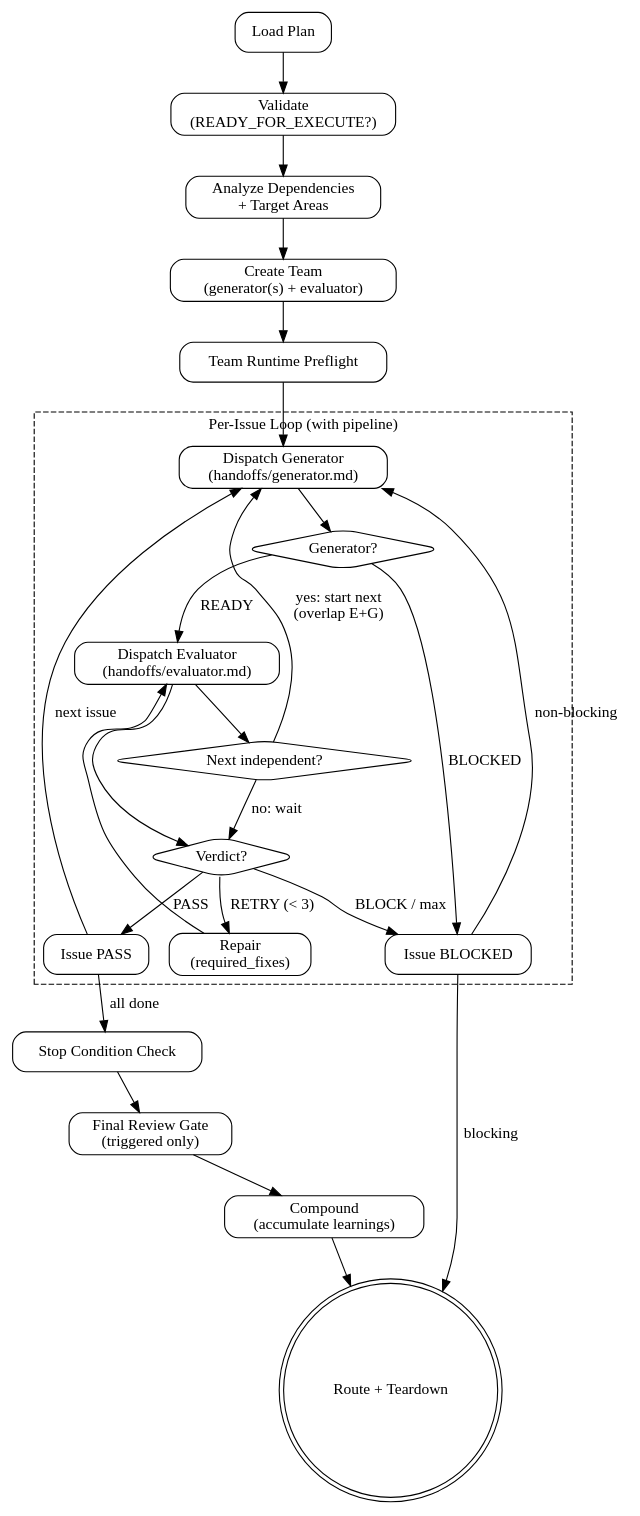
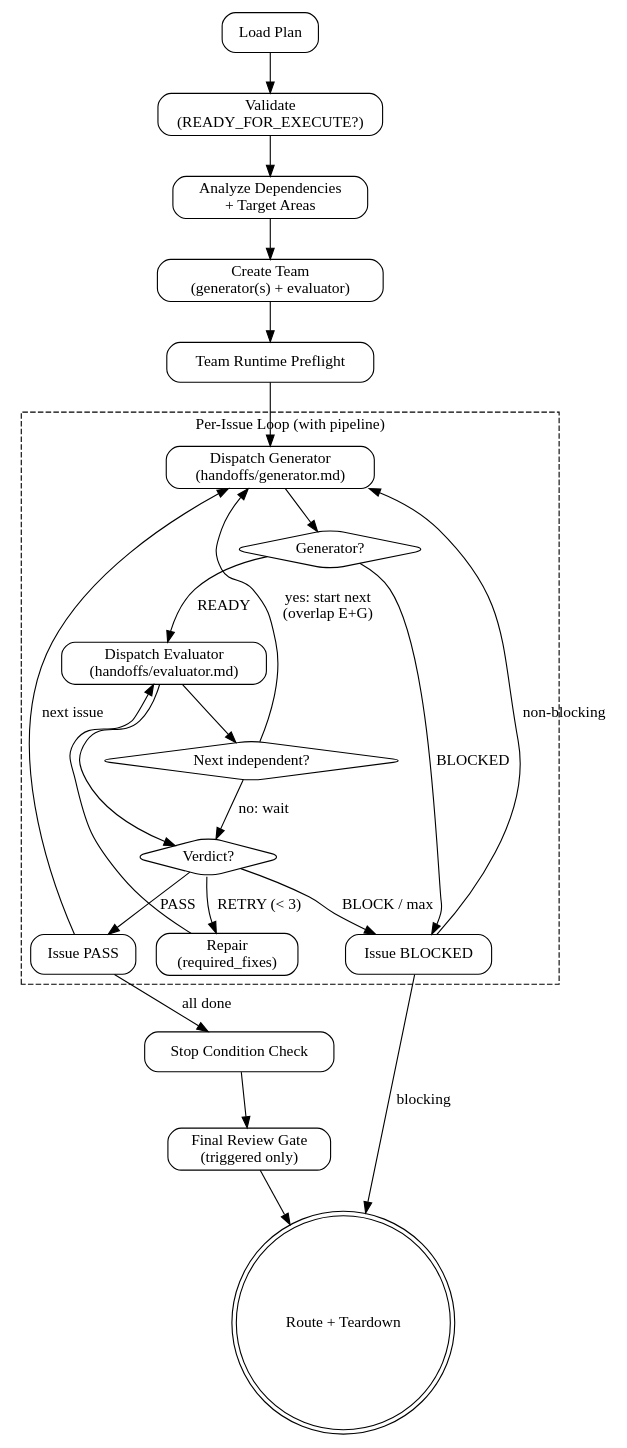
Before and after one commit to feng-y/pge: the diagram in skills/pge-exec/SKILL.md, drawn with Graphviz. The commit also changed other lines of this file and 18 other files, not shown here.

````diff
--- a/skills/pge-exec/SKILL.md
+++ b/skills/pge-exec/SKILL.md
@@ -46,48 +46,47 @@
 ```dot
 digraph pge_exec {
   rankdir=TB;
   node [shape=box, style=rounded];
 
   load_plan [label="Load Plan"];
   validate [label="Validate\n(READY_FOR_EXECUTE?)"];
   group [label="Analyze Dependencies\n+ Target Areas"];
   create_team [label="Create Team\n(generator(s) + evaluator)"];
   preflight_team [label="Team Runtime Preflight"];
 
   subgraph cluster_loop {
     label="Per-Issue Loop (with pipeline)";
     style=dashed;
     dispatch_gen [label="Dispatch Generator\n(handoffs/generator.md)"];
     gen_done [label="Generator?", shape=diamond];
     dispatch_eval [label="Dispatch Evaluator\n(handoffs/evaluator.md)"];
     pipeline_check [label="Next independent?", shape=diamond];
     verdict [label="Verdict?", shape=diamond];
     repair [label="Repair\n(required_fixes)"];
     pass [label="Issue PASS"];
     blocked [label="Issue BLOCKED"];
   }
 
   plan_verify [label="Stop Condition Check"];
   review_gate [label="Final Review Gate\n(triggered only)"];
-  compound [label="Compound\n(accumulate learnings)"];
   route [label="Route + Teardown", shape=doublecircle];
 
   load_plan -> validate -> group -> create_team -> preflight_team -> dispatch_gen;
   dispatch_gen -> gen_done;
   gen_done -> dispatch_eval [label="READY"];
   gen_done -> blocked [label="BLOCKED"];
   dispatch_eval -> pipeline_check;
   pipeline_check -> dispatch_gen [label="yes: start next\n(overlap E+G)"];
   pipeline_check -> verdict [label="no: wait"];
   dispatch_eval -> verdict;
   verdict -> pass [label="PASS"];
   verdict -> repair [label="RETRY (< 3)"];
   verdict -> blocked [label="BLOCK / max"];
   repair -> dispatch_eval;
   pass -> dispatch_gen [label="next issue"];
   pass -> plan_verify [label="all done"];
   blocked -> dispatch_gen [label="non-blocking"];
   blocked -> route [label="blocking"];
-  plan_verify -> review_gate -> compound -> route;
+  plan_verify -> review_gate -> route;
 }
 ```
````
